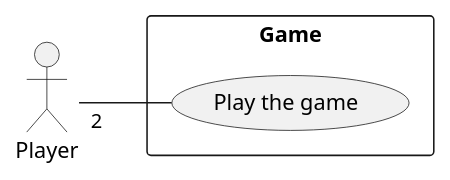
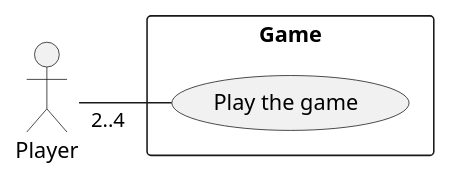
One commit to DTUSoftware/25_del3 changed the diagram in src/main/resources/UseCaseDiagram.puml. Above: the diagram before and after it, drawn with PlantUML. The commit also changed 3 other files, not shown here.

Commit message:
Update some UML diagrams, still need more updating since we had to do some improv

```diff
--- a/src/main/resources/UseCaseDiagram.puml
+++ b/src/main/resources/UseCaseDiagram.puml
@@ -1,16 +1,16 @@
 @startuml
 'https://plantuml.com/use-case-diagram
 
 actor :Player: as Player
 
 rectangle Game {
     left to right direction
 
     usecase "Play the game" as Play
 }
 
-Player "2" -- (Play)
+Player "2..4" -- (Play)
 
 
 
 @enduml
```
